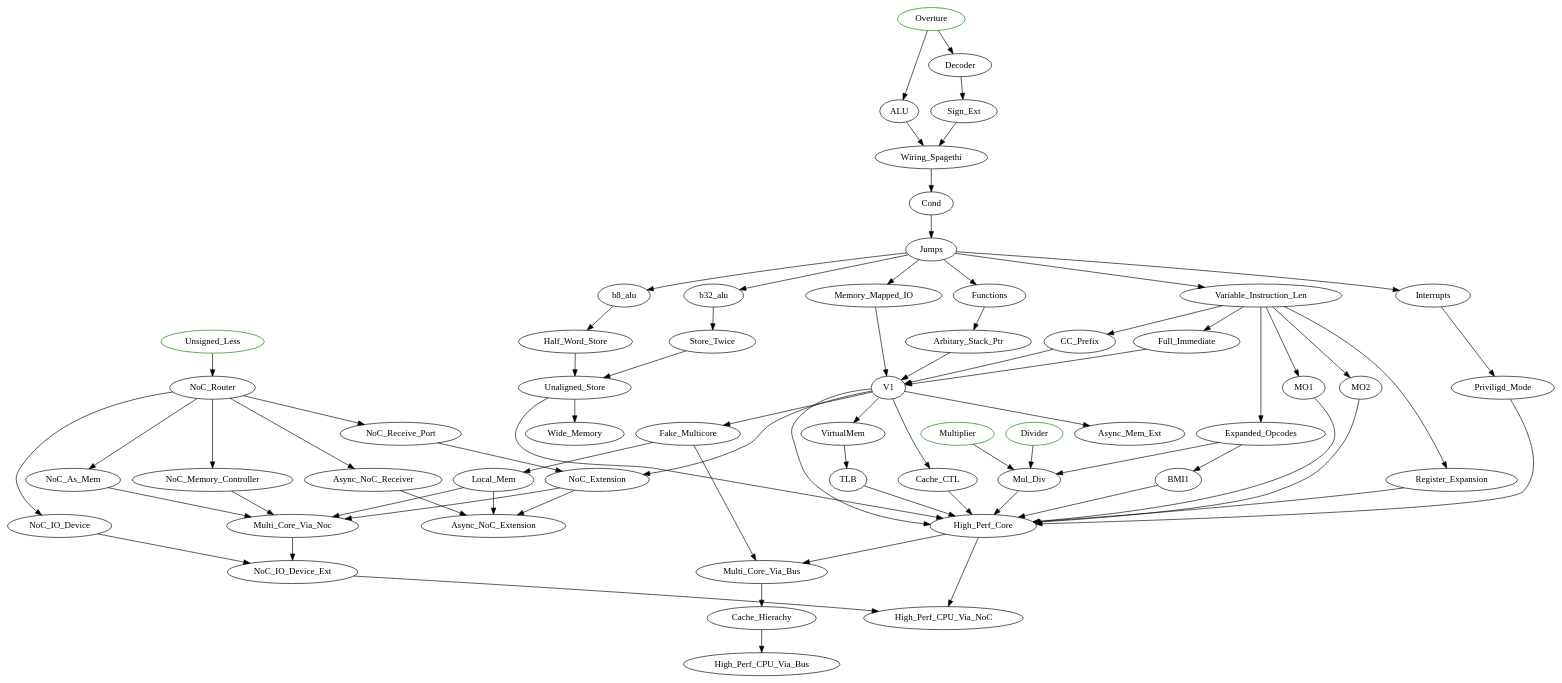
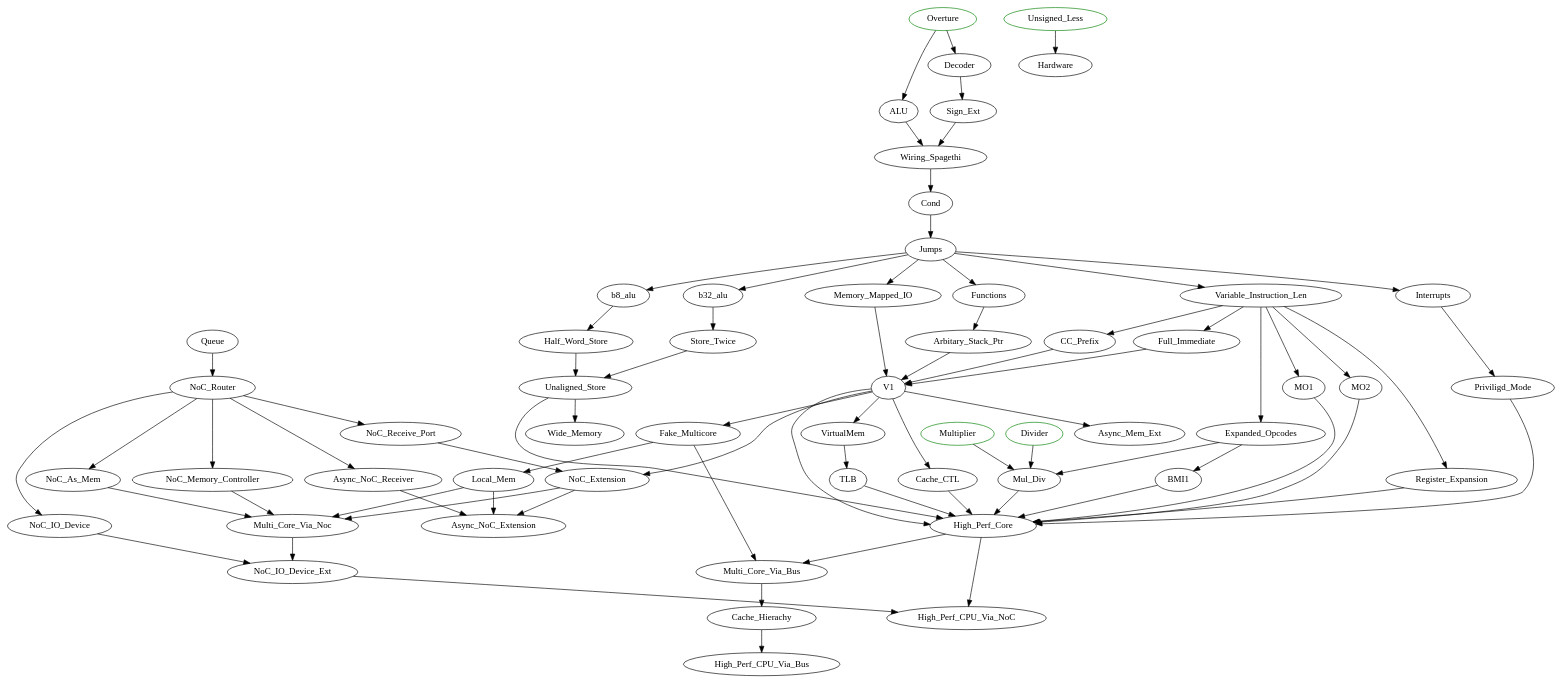
One commit to alex-s168/tc_campaign changed the diagram in TODO.dot. Above: the diagram before and after it, drawn with Graphviz. The commit also changed 2 other files, not shown here.

```diff
--- a/TODO.dot
+++ b/TODO.dot
@@ -1,56 +1,56 @@
 digraph G {
     // from the main game campaign
     Overture [color="green"]
     Divider [color="green"]
     Multiplier [color="green"]
     Unsigned_Less [color="green"]
 
     Overture -> ALU, Decoder
     Decoder -> Sign_Ext
     ALU, Sign_Ext -> Wiring_Spagethi -> Cond -> Jumps
     
     Jumps -> Interrupts, Variable_Instruction_Len, Functions, b8_alu, b32_alu
     Jumps -> Memory_Mapped_IO
 
     Variable_Instruction_Len -> MO1, MO2, Register_Expansion
 
     Functions -> Arbitary_Stack_Ptr
 
     b8_alu -> Half_Word_Store
     b32_alu -> Store_Twice
 
     Half_Word_Store, Store_Twice -> Unaligned_Store
     
     Variable_Instruction_Len -> Full_Immediate, CC_Prefix, Expanded_Opcodes
     
     Multiplier, Expanded_Opcodes, Divider -> Mul_Div
 
     Expanded_Opcodes -> BMI1
 
     Interrupts -> Priviligd_Mode
 
     Full_Immediate, CC_Prefix, Memory_Mapped_IO, Arbitary_Stack_Ptr -> V1
     V1 -> Cache_CTL -> High_Perf_Core
     V1 -> VirtualMem -> TLB -> High_Perf_Core
     Priviligd_Mode, MO1, MO2, Register_Expansion, V1, BMI1, Mul_Div, Unaligned_Store -> High_Perf_Core
 
     Unaligned_Store -> Wide_Memory
 
     V1 -> Async_Mem_Ext
 
-    Unsigned_Less -> NoC_Router -> NoC_Receive_Port, Async_NoC_Receiver, NoC_Memory_Controller
+    Unsigned_Less -> Hardware Queue -> NoC_Router -> NoC_Receive_Port, Async_NoC_Receiver, NoC_Memory_Controller
     NoC_Receive_Port, V1 -> NoC_Extension
     V1 -> Fake_Multicore -> Local_Mem
     NoC_Extension, Async_NoC_Receiver, Local_Mem -> Async_NoC_Extension
 
     NoC_Router -> NoC_As_Mem
     NoC_Extension, Local_Mem, NoC_As_Mem, NoC_Memory_Controller -> Multi_Core_Via_Noc
     
     NoC_Router -> NoC_IO_Device
     Multi_Core_Via_Noc, NoC_IO_Device -> NoC_IO_Device_Ext
 
     NoC_IO_Device_Ext, High_Perf_Core -> High_Perf_CPU_Via_NoC
 
     High_Perf_Core -> Multi_Core_Via_Bus -> Cache_Hierachy -> High_Perf_CPU_Via_Bus
     Fake_Multicore -> Multi_Core_Via_Bus
 }
```
